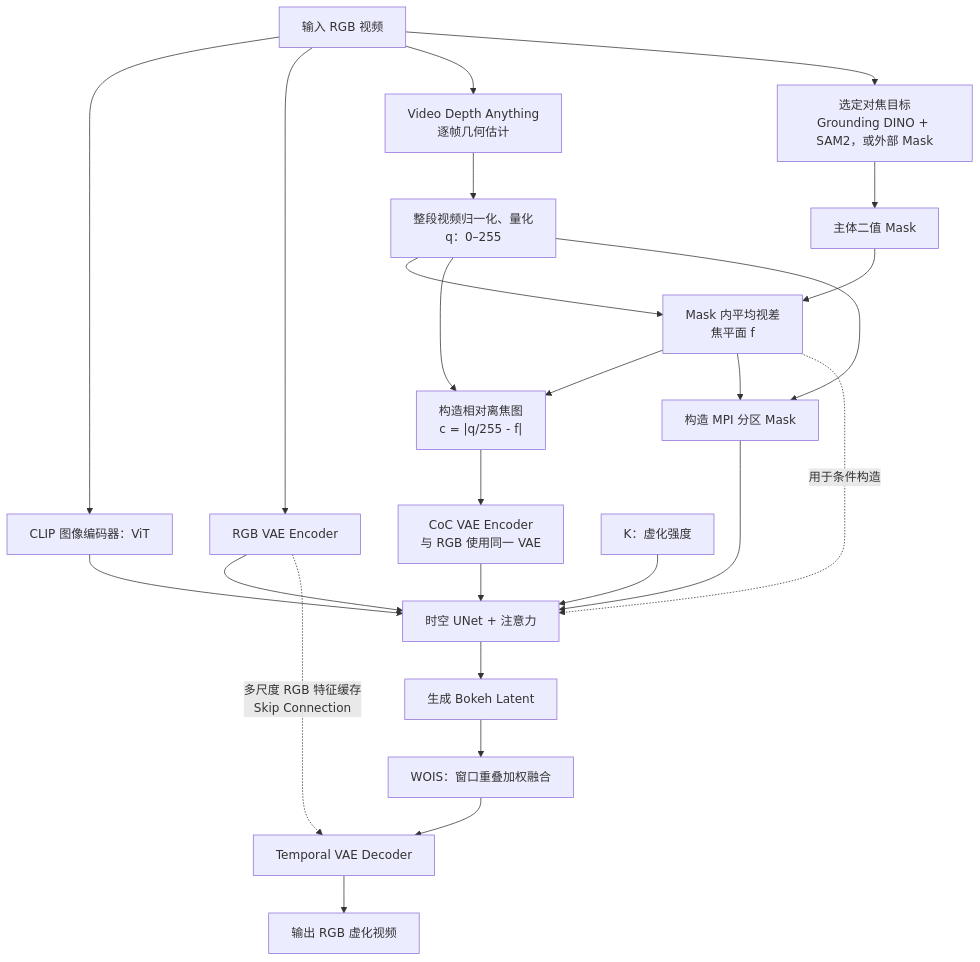
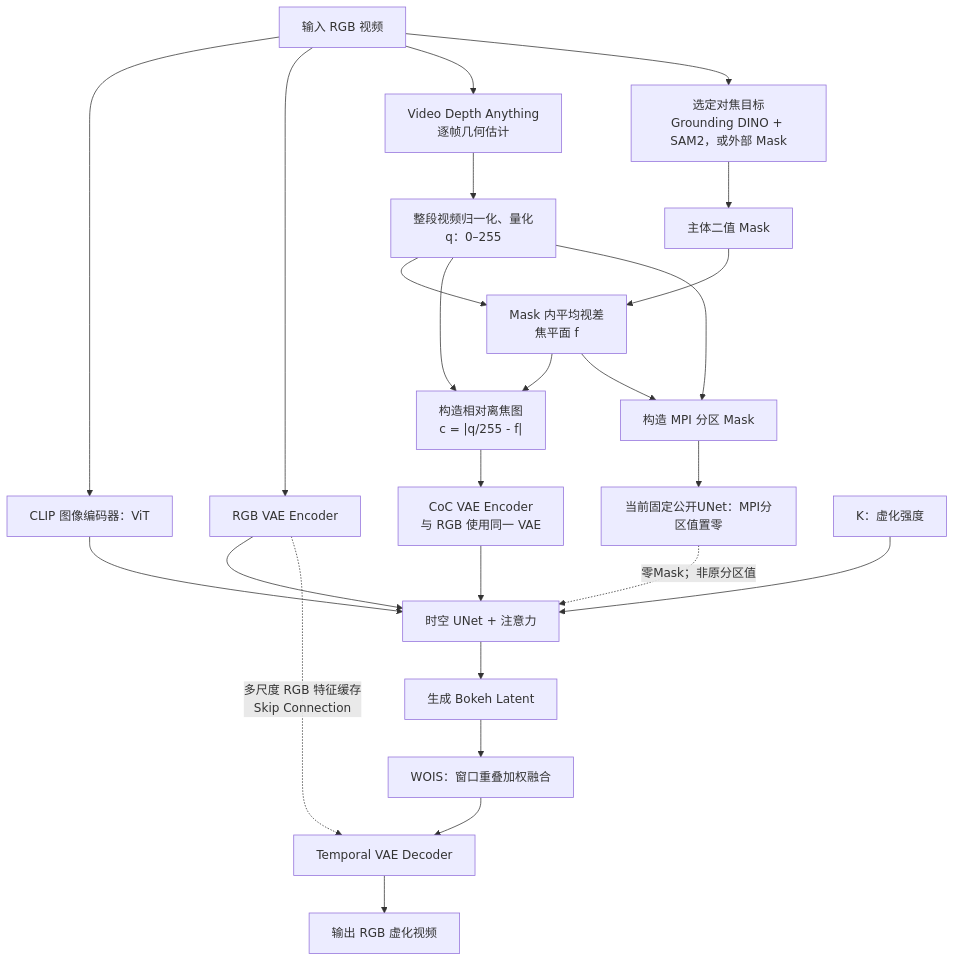
One commit to mengmcy1/OPPO-depth-guided-video-bokeh changed the diagram in 02_方案设计/ATB架构数据流与研究切入点.md. Above: the diagram before and after it, drawn with Mermaid. The commit also changed other lines of this file and 1 other file, not shown here.

```diff
--- a/02_方案设计/ATB架构数据流与研究切入点.md
+++ b/02_方案设计/ATB架构数据流与研究切入点.md
@@ -17,27 +19,27 @@
 ~~~mermaid
 flowchart TD
     V["输入 RGB 视频"] --> A["CLIP 图像编码器：ViT"]
     V --> B["RGB VAE Encoder"]
     V --> D["Video Depth Anything<br/>逐帧几何估计"]
     V --> P["选定对焦目标<br/>Grounding DINO + SAM2，或外部 Mask"]
     D --> Q["整段视频归一化、量化<br/>q：0–255"]
     P --> M["主体二值 Mask"]
     Q --> F["Mask 内平均视差<br/>焦平面 f"]
     M --> F
     Q --> C["构造相对离焦图<br/>c = |q/255 - f|"]
     F --> C
     Q --> MM["构造 MPI 分区 Mask"]
     F --> MM
     C --> CV["CoC VAE Encoder<br/>与 RGB 使用同一 VAE"]
     A --> U["时空 UNet + 注意力"]
     B --> U
     CV --> U
-    MM --> U
-    F -. "用于条件构造" .-> U
+    MM --> G["当前固定公开UNet：MPI分区值置零"]
+    G -. "零Mask；非原分区值" .-> U
     K["K：虚化强度"] --> U
     U --> Z["生成 Bokeh Latent"]
     Z --> W["WOIS：窗口重叠加权融合"]
     W --> VD["Temporal VAE Decoder"]
     B -. "多尺度 RGB 特征缓存<br/>Skip Connection" .-> VD
     VD --> OUT["输出 RGB 虚化视频"]
 ~~~
```
